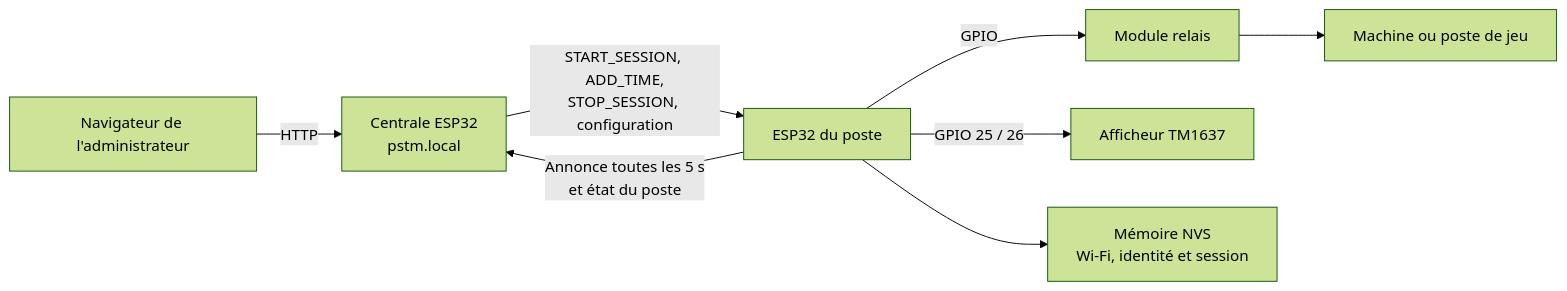
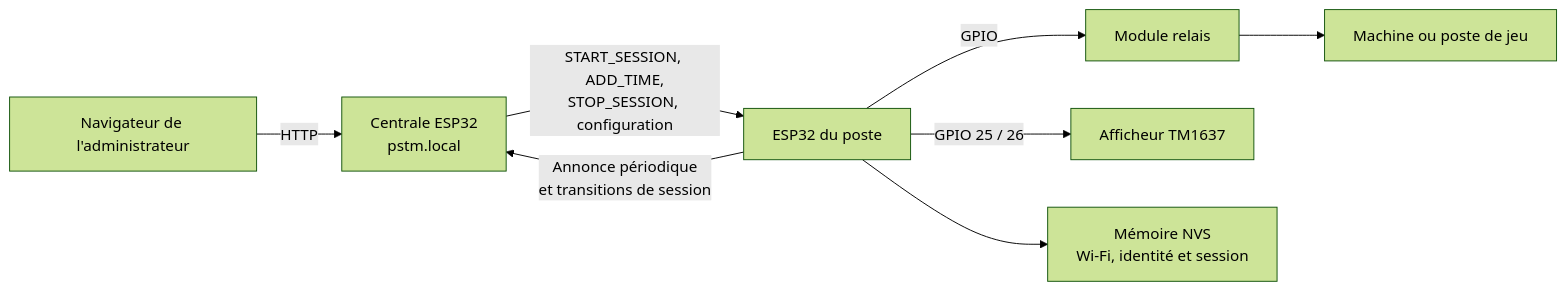
One commit to abdelazizmezri/esp32-monnayeur-central-gameroom changed the first of 2 diagrams in poste-esp32/README.md. Above: the diagram before and after it, drawn with Mermaid (forest theme). The commit also changed other lines of this file and 13 other files, not shown here.

````diff
--- a/poste-esp32/README.md
+++ b/poste-esp32/README.md
@@ -43,10 +43,10 @@
 ```mermaid
 flowchart LR
     Admin["Navigateur de l'administrateur"] -->|HTTP| Central["Centrale ESP32<br>pstm.local"]
     Central -->|"START_SESSION, ADD_TIME,<br>STOP_SESSION, configuration"| Poste["ESP32 du poste"]
-    Poste -->|"Annonce toutes les 5 s<br>et état du poste"| Central
+    Poste -->|"Annonce périodique<br>et transitions de session"| Central
     Poste -->|GPIO| Relay["Module relais"]
     Poste -->|"GPIO 25 / 26"| Display["Afficheur TM1637"]
     Relay --> Machine["Machine ou poste de jeu"]
     Poste --> NVS["Mémoire NVS<br>Wi-Fi, identité et session"]
 ```
````
